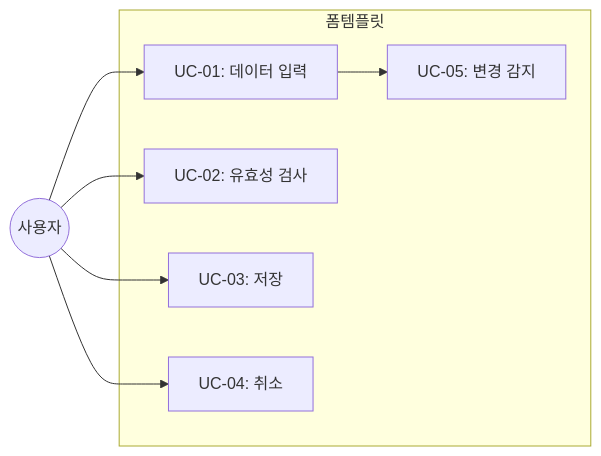
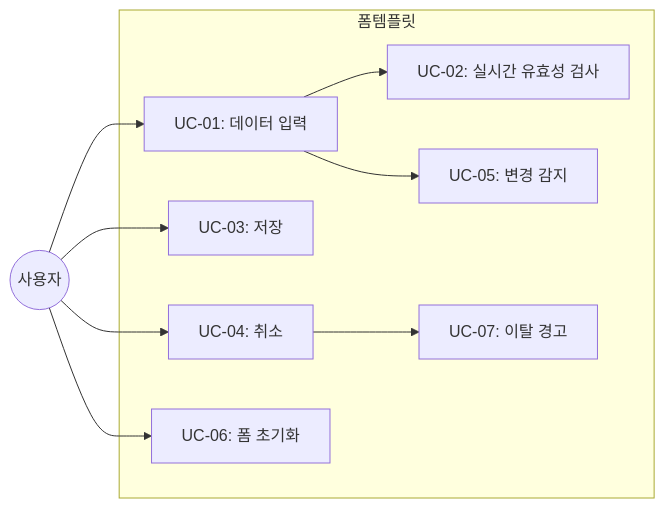
Before and after one commit to jongik-sv/mes-poc: the first of 2 diagrams in .orchay/projects/mes-portal/tasks/TSK-06-03/010-design.md, drawn with Mermaid. The commit also changed other lines of this file and 10 other files, not shown here.

````diff
--- a/.orchay/projects/mes-portal/tasks/TSK-06-03/010-design.md
+++ b/.orchay/projects/mes-portal/tasks/TSK-06-03/010-design.md
@@ -73,16 +97,20 @@
 ```mermaid
 flowchart LR
     subgraph 폼템플릿
         UC01[UC-01: 데이터 입력]
-        UC02[UC-02: 유효성 검사]
+        UC02[UC-02: 실시간 유효성 검사]
         UC03[UC-03: 저장]
         UC04[UC-04: 취소]
         UC05[UC-05: 변경 감지]
+        UC06[UC-06: 폼 초기화]
+        UC07[UC-07: 이탈 경고]
     end
 
     사용자((사용자)) --> UC01
-    사용자 --> UC02
     사용자 --> UC03
     사용자 --> UC04
+    사용자 --> UC06
+    UC01 --> UC02
     UC01 --> UC05
+    UC04 --> UC07
 ```
````
